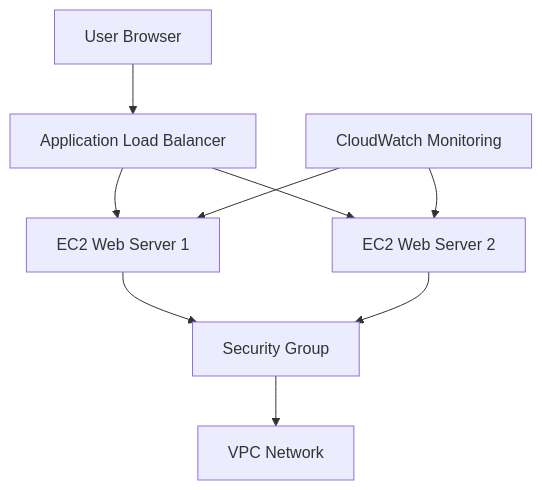
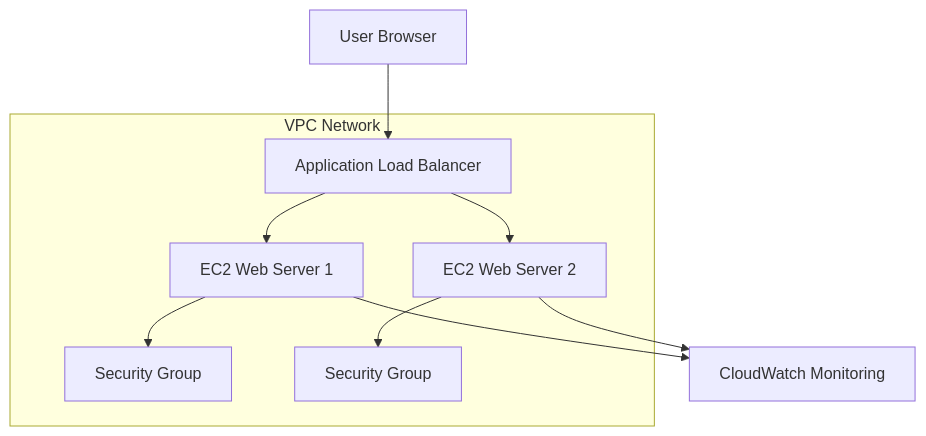
The diagram in architecture/architecture-diagram.md (juliopardog/aws-ec2-web-server), drawn with Mermaid before and after one commit.

Commit message:
Update architecture diagram with security groups and monitoring

````diff
--- a/architecture/architecture-diagram.md
+++ b/architecture/architecture-diagram.md
@@ -3,15 +3,16 @@
 ```mermaid
 graph TD
-    User[User Browser] --> ALB[Application Load Balancer]
 
+User[User Browser] --> ALB[Application Load Balancer]
+
+subgraph VPC Network
     ALB --> EC1[EC2 Web Server 1]
     ALB --> EC2[EC2 Web Server 2]
 
-    EC1 --> SG[Security Group]
-    EC2 --> SG
+    EC1 --> SG1[Security Group]
+    EC2 --> SG2[Security Group]
+end
 
-    SG --> VPC[VPC Network]
-
-    CW[CloudWatch Monitoring] --> EC1
-    CW --> EC2
+EC1 --> CW[CloudWatch Monitoring]
+EC2 --> CW
 ```
````
